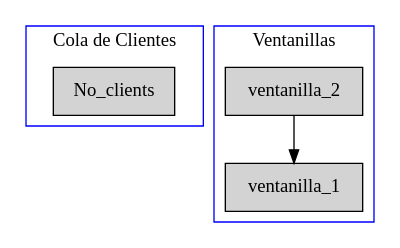
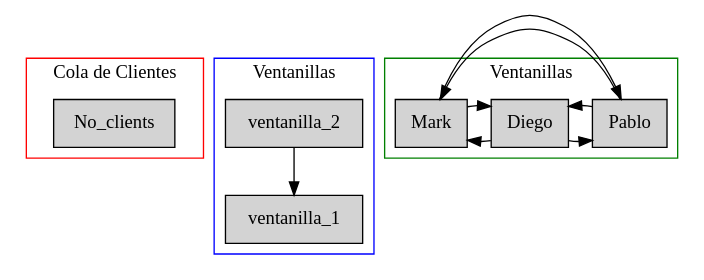
Before and after one commit to DiegoCali/EDD_PROYECTO_202201128: the diagram in graph.dot, drawn with Graphviz. The commit also changed 4 other files, not shown here.

Commit message:
Waiting list graphics added, tested so far so good

```diff
--- a/graph.dot
+++ b/graph.dot
@@ -1,14 +1,30 @@
  digraph G{
  subgraph cluster_0{
  node [style=filled, shape=box];
  No_clients;
  label="Cola de Clientes";
- color=blue;
+ color=red;
  }
  subgraph cluster_1{
  node [style=filled, shape=box];
  ventanilla_2     -> ventanilla_1    ;
  label="Ventanillas";
  color=blue;
  }
+ subgraph cluster_2{
+ node [style=filled, shape=box];
+ rank=same{
+ client_0    [label="Diego"];
+ client_0     -> client_1    ;
+ client_0     -> client_2    ;
+ client_1    [label="Pablo"];
+ client_1     -> client_2    ;
+ client_1     -> client_0    ;
+ client_2    [label="Mark"];
+ client_2     -> client_0    ;
+ client_2     -> client_1    ;
+ };
+ label="Ventanillas";
+ color=green;
  }
+ }
```
